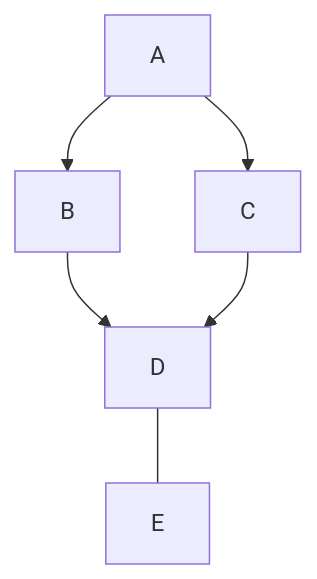
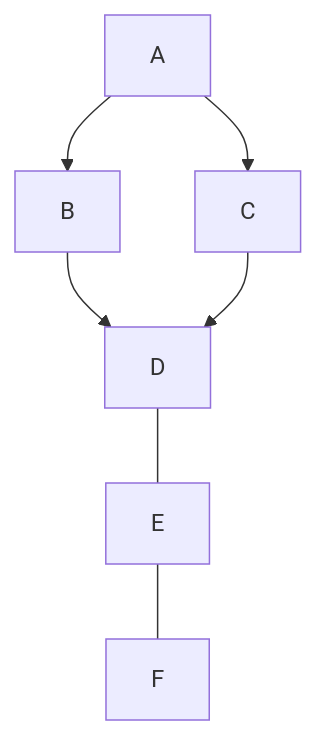
The first of 2 diagrams in README.md (misterkrull/GitWhippingBoy), drawn with Mermaid before and after one commit.

Commit message:
Update README.md 1234

````diff
--- a/README.md
+++ b/README.md
@@ -1,8 +1,9 @@
 ```mermaid
   graph TB;
       A-->B;
       A-->C;
       B-->D;
       C-->D;
       D---E
+      E---F
 ```
````
